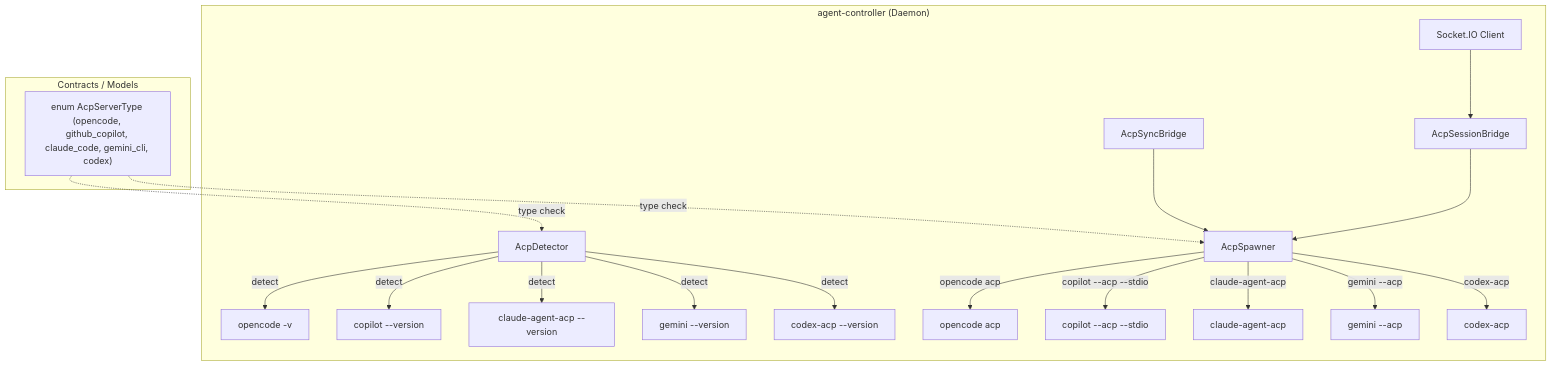
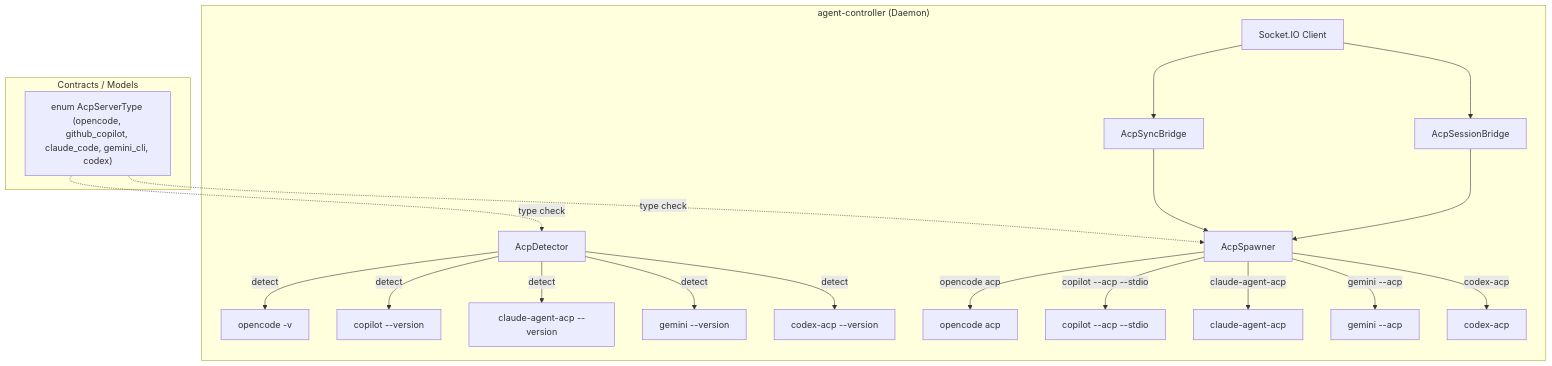
The first of 2 diagrams in docs/engineering/proposals/20260705-feat-acp-server-extend.md (Deliay/z-agent-gear), drawn with Mermaid before and after one commit. The commit also changed other lines of this file and 1 other file, not shown here.

Commit message:
docs: sync-bridge 支持多 ACP Server—更新 PRD 和技术方案

````diff
--- a/docs/engineering/proposals/20260705-feat-acp-server-extend.md
+++ b/docs/engineering/proposals/20260705-feat-acp-server-extend.md
@@ -46,33 +46,34 @@
 ```mermaid
 graph TD
     subgraph "agent-controller (Daemon)"
         DET[AcpDetector]
         SIO[Socket.IO Client]
         BR[AcpSessionBridge]
         SYNC[AcpSyncBridge]
         SPAWN[AcpSpawner]
 
         DET -->|detect| OC1[opencode -v]
         DET -->|detect| GC[copilot --version]
         DET -->|detect| CA[claude-agent-acp --version]
         DET -->|detect| GM[gemini --version]
         DET -->|detect| CX[codex-acp --version]
 
         SIO --> BR
+        SIO --> SYNC
         BR --> SPAWN
         SYNC --> SPAWN
 
         SPAWN -->|"opencode acp"| OCPROC[opencode acp]
         SPAWN -->|"copilot --acp --stdio"| CPROC[copilot --acp --stdio]
         SPAWN -->|"claude-agent-acp"| CAPROC[claude-agent-acp]
         SPAWN -->|"gemini --acp"| GMPROC[gemini --acp]
         SPAWN -->|"codex-acp"| CXPROC[codex-acp]
     end
 
     subgraph "Contracts / Models"
         ENUM["enum AcpServerType (opencode, github_copilot, claude_code, gemini_cli, codex)"]
     end
 
     ENUM -.->|type check| SPAWN
     ENUM -.->|type check| DET
 ```
````
